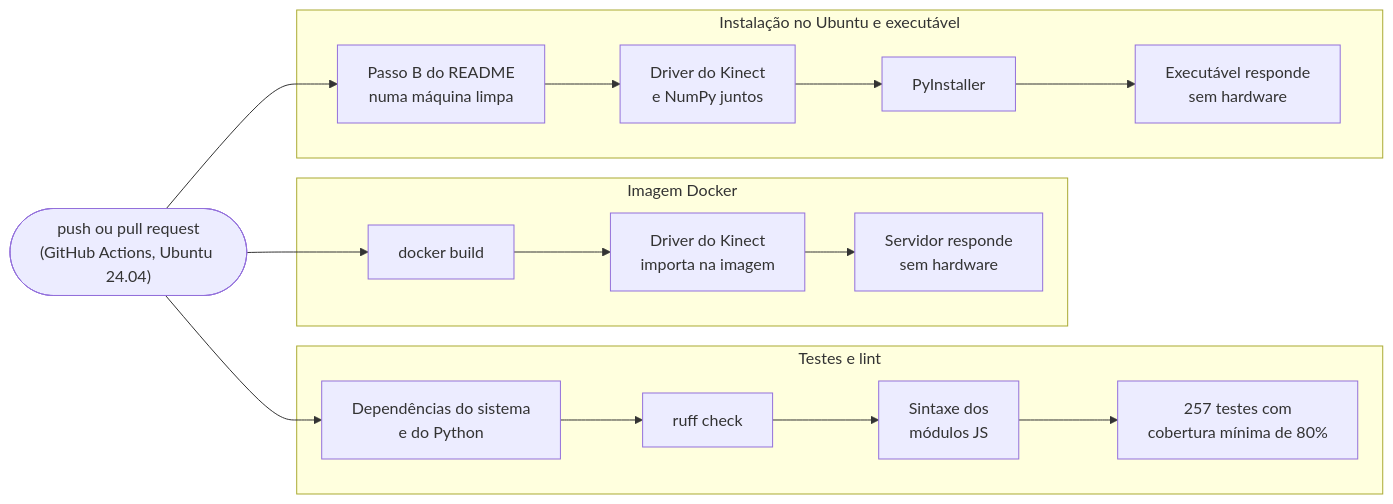
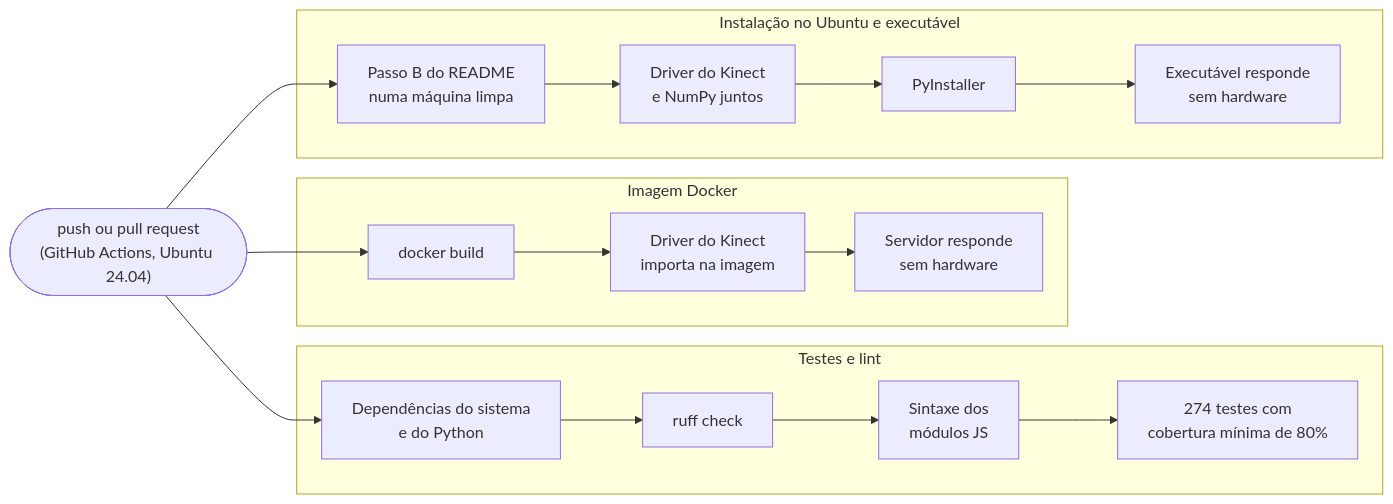
One commit to Kauan-V-Marques/AGV changed diagram 20 of 22 in README.md. Above: the diagram before and after it, drawn with Mermaid. The commit also changed other lines of this file and 2 other files, not shown here.

First line of the commit message:
docs: testes no AGV, AGV virtual e as correcoes encontradas nos testes

````diff
--- a/README.md
+++ b/README.md
@@ -1455,15 +1480,15 @@
 ```mermaid
 flowchart LR
     subgraph T["Testes e lint"]
-        T1["Dependências do sistema<br/>e do Python"] --> T2["ruff check"] --> T3["Sintaxe dos<br/>módulos JS"] --> T4["257 testes com<br/>cobertura mínima de 80%"]
+        T1["Dependências do sistema<br/>e do Python"] --> T2["ruff check"] --> T3["Sintaxe dos<br/>módulos JS"] --> T4["274 testes com<br/>cobertura mínima de 80%"]
     end
     subgraph D["Imagem Docker"]
         D1["docker build"] --> D2["Driver do Kinect<br/>importa na imagem"] --> D3["Servidor responde<br/>sem hardware"]
     end
     subgraph E["Instalação no Ubuntu e executável"]
         E1["Passo B do README<br/>numa máquina limpa"] --> E2["Driver do Kinect<br/>e NumPy juntos"] --> E3["PyInstaller"] --> E4["Executável responde<br/>sem hardware"]
     end
     P(["push ou pull request<br/>(GitHub Actions, Ubuntu 24.04)"]) --> T1
     P --> D1
     P --> E1
 ```
````
